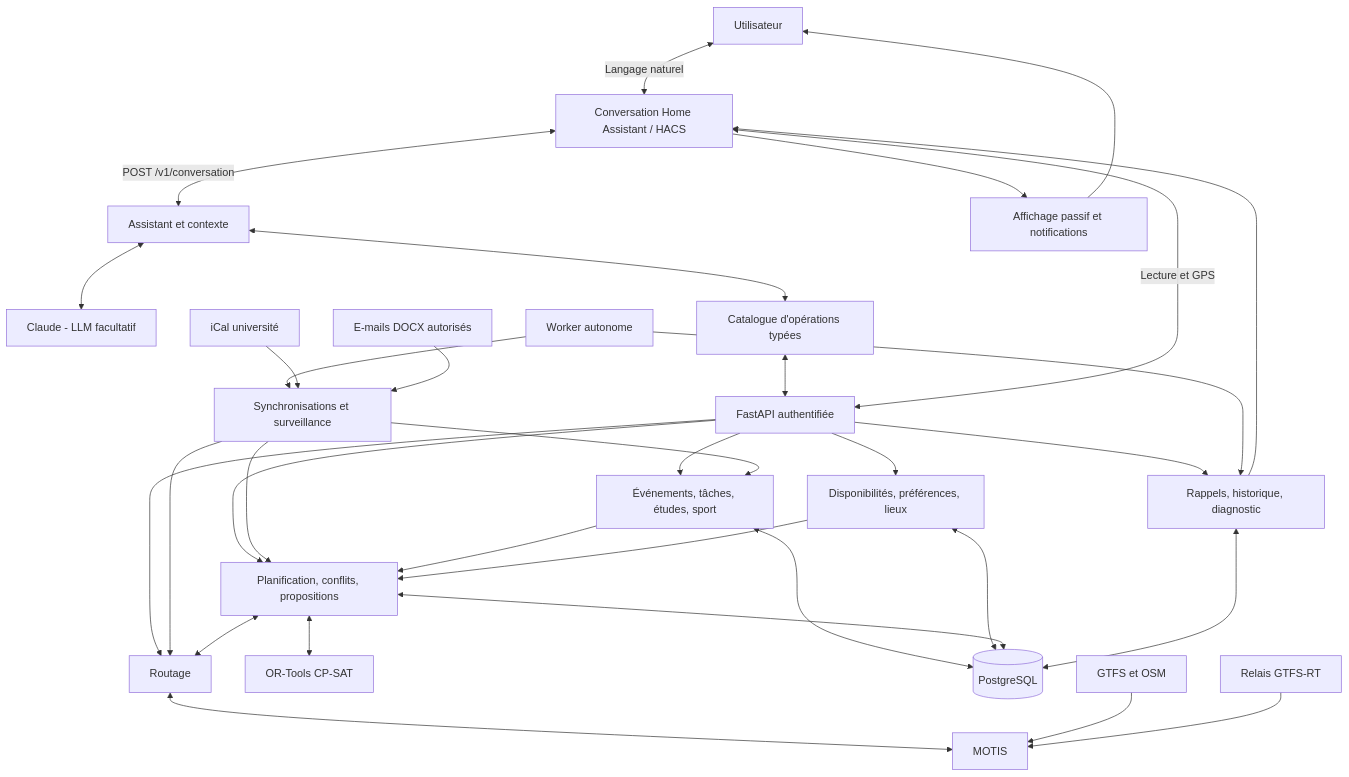
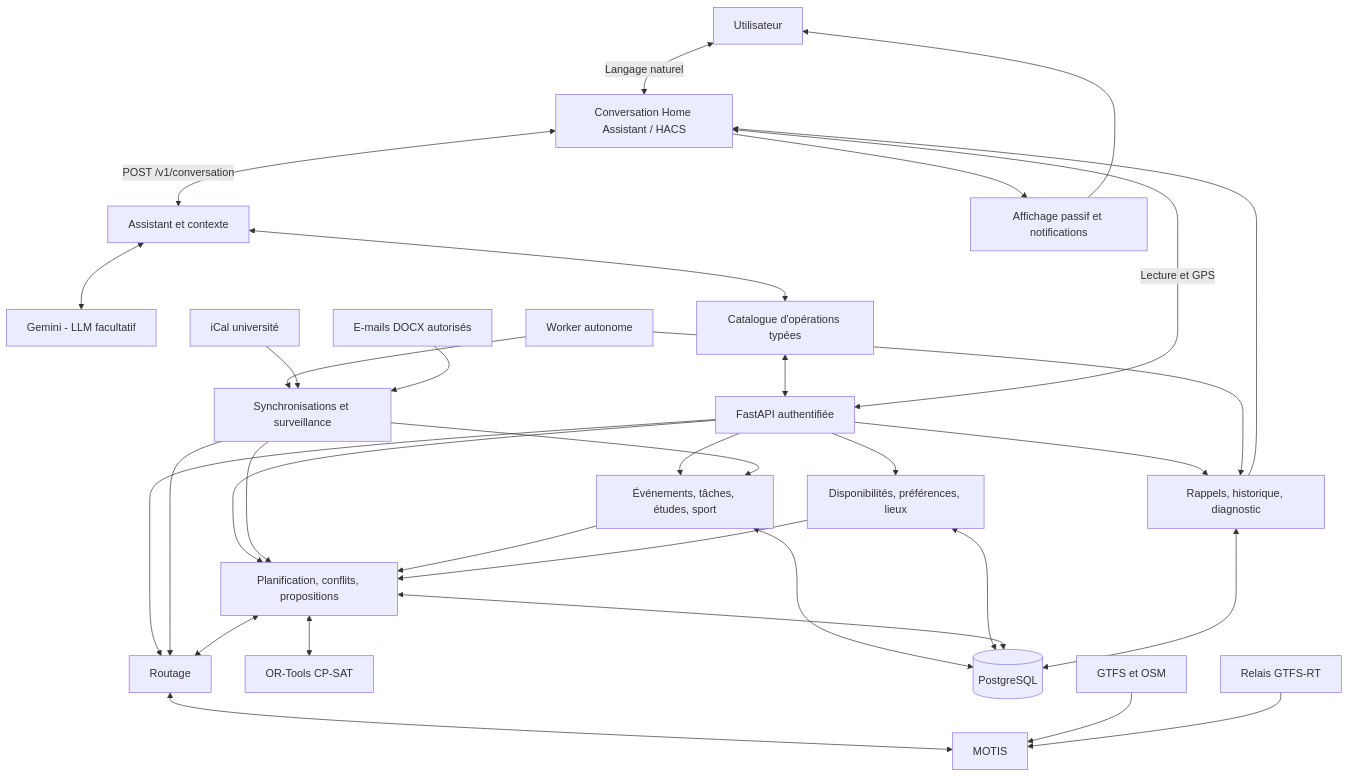
Before and after one commit to mtx26/Tempo: the second of 13 diagrams in ARCHITECTURE.md, drawn with Mermaid. The commit also changed other lines of this file and 10 other files, not shown here.

First line of the commit message:
LLM: Gemini on Google Cloud Vertex AI only

````diff
--- a/ARCHITECTURE.md
+++ b/ARCHITECTURE.md
@@ -109,35 +109,35 @@
 ```mermaid
 flowchart TD
  U[Utilisateur] <-->|Langage naturel| H[Conversation Home Assistant / HACS]
  H <-->|POST /v1/conversation| A[Assistant et contexte]
- A <--> L[Claude - LLM facultatif]
+ A <--> L[Gemini - LLM facultatif]
  A <--> T[Catalogue d'opérations typées]
  T <--> API[FastAPI authentifiée]
  H <-->|Lecture et GPS| API
  API --> E[Événements, tâches, études, sport]
  API --> C[Disponibilités, préférences, lieux]
  API --> P[Planification, conflits, propositions]
  API --> R[Routage]
  API --> N[Rappels, historique, diagnostic]
  W[Worker autonome] --> S[Synchronisations et surveillance]
  S --> E
  S --> P
  S --> R
  W --> N
  E --> P
  C --> P
  P <--> R
  P <--> O[OR-Tools CP-SAT]
  R <--> M[MOTIS]
  E <--> DB[(PostgreSQL)]
  C <--> DB
  P <--> DB
  N <--> DB
  IC[iCal université] --> S
  MAIL[E-mails DOCX autorisés] --> S
  G[GTFS et OSM] --> M
  RT[Relais GTFS-RT] --> M
  N --> H
  H --> V[Affichage passif et notifications]
  V --> U
 ```
````
